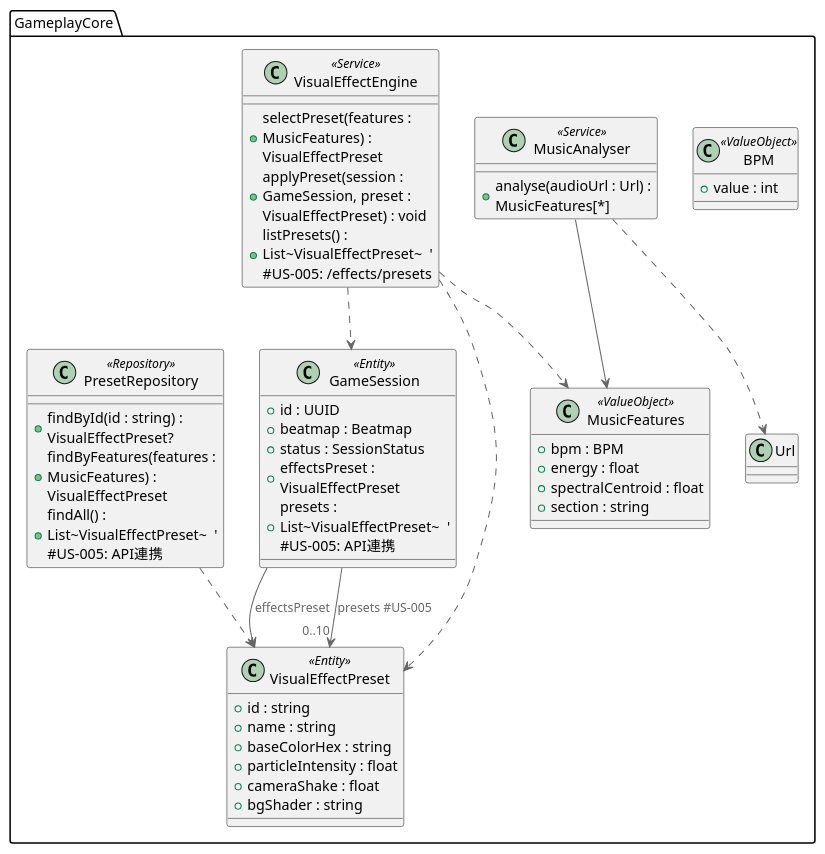
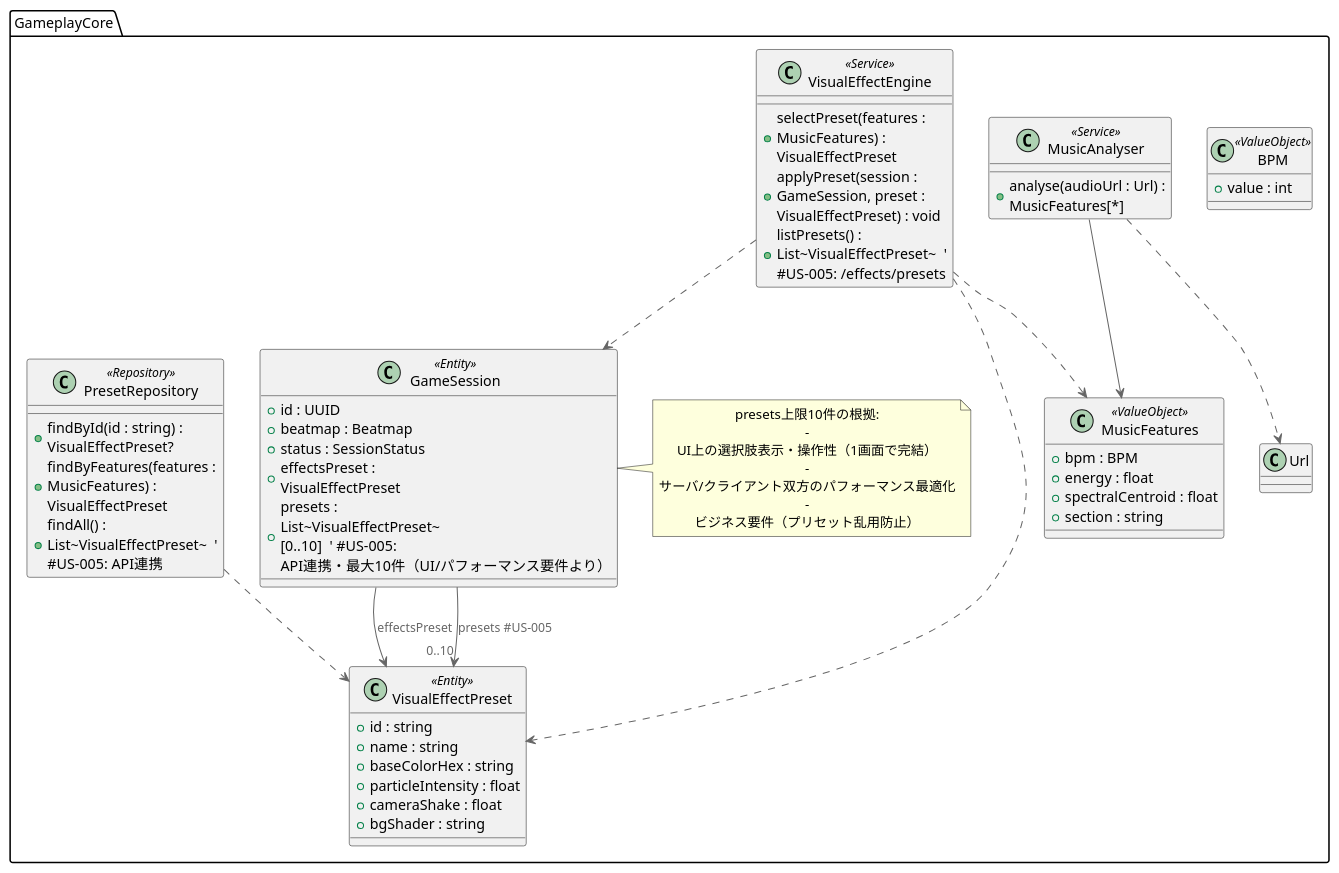
The diagram in docs/03_design/diagrams/class/visual_effects.puml (u-keiya/play_as_you_like), drawn with PlantUML before and after one commit. The commit also changed 12 other files, not shown here.

```diff
--- a/docs/03_design/diagrams/class/visual_effects.puml
+++ b/docs/03_design/diagrams/class/visual_effects.puml
@@ -1,82 +1,89 @@
 @startuml
 ' ==========================================================
 ' Class Diagram — Dynamic Visual Effects (#US-005)
-' PlaysAsYouLike Web Rhythm Game
+' PlayAsYouLike Web Rhythm Game
 ' ==========================================================
 ' [US-005] VisualEffectPreset API/設計連携: /effects/presets, SessionCreateResponse.presets[]
 !includeurl https://raw.githubusercontent.com/plantuml-stdlib/C4-PlantUML/master/C4_Component.puml
 
 ' ------------ Legend -------------------------------------------------
 '  <<Entity>>        : 永続または一時データを保持
 '  <<ValueObject>>   : 値のみで同値性判定
 '  <<Service>>       : ステートレスロジック
 '  <<Repository>>    : 永続化インタフェース
 ' ---------------------------------------------------------------------
 
 namespace GameplayCore {
 
   ' ====== Entities ===================================================
   class GameSession <<Entity>> {
     +id : UUID
     +beatmap : Beatmap
     +status : SessionStatus
     +effectsPreset : VisualEffectPreset
-    +presets : List~VisualEffectPreset~  ' #US-005: API連携
+    +presets : List~VisualEffectPreset~ [0..10]  ' #US-005: API連携・最大10件（UI/パフォーマンス要件より）
   }
 
   class VisualEffectPreset <<Entity>> {
     +id : string
     +name : string
     +baseColorHex : string
     +particleIntensity : float
     +cameraShake : float
     +bgShader : string
     ' #US-005: APIスキーマと同期
   }
+
+  note right of GameSession
+    presets上限10件の根拠:
+    - UI上の選択肢表示・操作性（1画面で完結）
+    - サーバ/クライアント双方のパフォーマンス最適化
+    - ビジネス要件（プリセット乱用防止）
+  end note
 
   ' ====== Value Objects ==============================================
   class MusicFeatures <<ValueObject>> {
     +bpm : BPM
     +energy : float
     +spectralCentroid : float
     +section : string
   }
 
   class BPM <<ValueObject>> {
     +value : int
   }
 
   ' ====== Services ===================================================
   class MusicAnalyser <<Service>> {
     +analyse(audioUrl : Url) : MusicFeatures[*]
   }
 
   class VisualEffectEngine <<Service>> {
     +selectPreset(features : MusicFeatures) : VisualEffectPreset
     +applyPreset(session : GameSession, preset : VisualEffectPreset) : void
     +listPresets() : List~VisualEffectPreset~  ' #US-005: /effects/presets
   }
 
   ' ====== Repositories ===============================================
   class PresetRepository <<Repository>> {
     +findById(id : string) : VisualEffectPreset?
     +findByFeatures(features : MusicFeatures) : VisualEffectPreset
     +findAll() : List~VisualEffectPreset~  ' #US-005: API連携
   }
 
   ' ====== Relationships ==============================================
   GameSession --> VisualEffectPreset : effectsPreset
   GameSession --> "0..10" VisualEffectPreset : presets #US-005
 
   MusicAnalyser ..> Url
   MusicAnalyser --> MusicFeatures
 
   VisualEffectEngine ..> MusicFeatures
   VisualEffectEngine ..> VisualEffectPreset
   VisualEffectEngine ..> GameSession
 
   PresetRepository ..> VisualEffectPreset
 
 }
 
 @enduml
```
